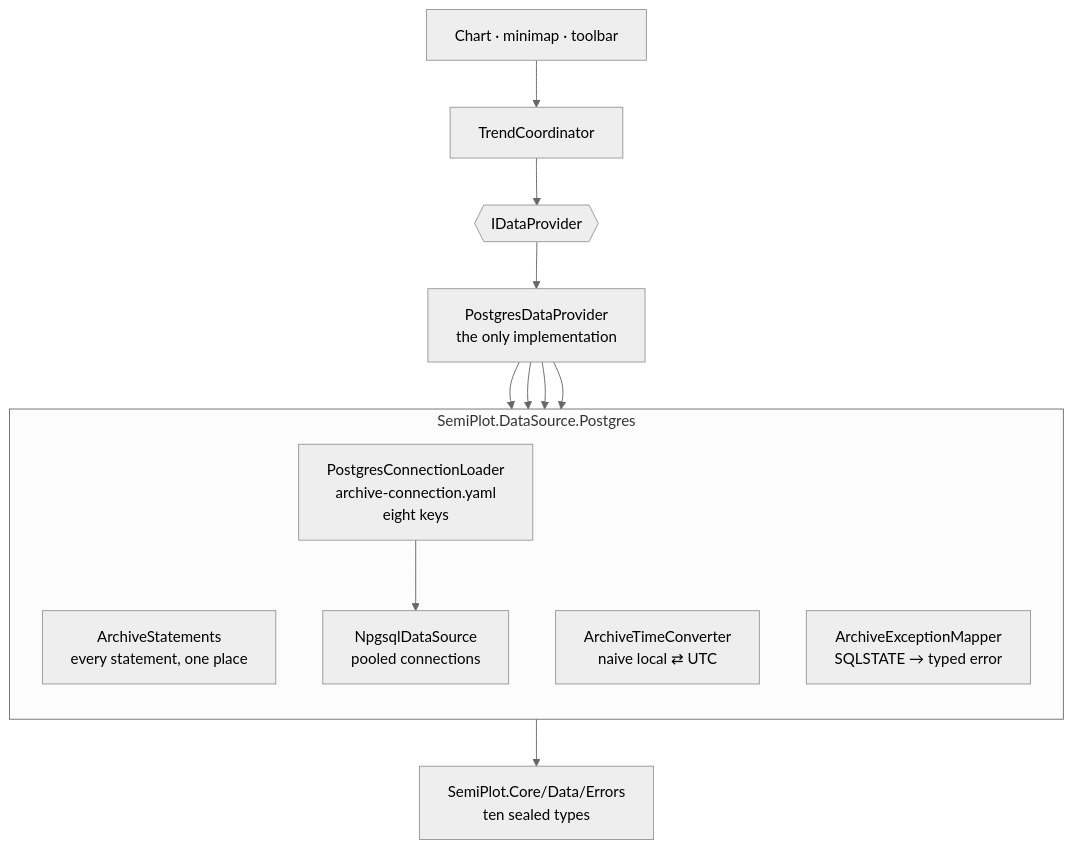
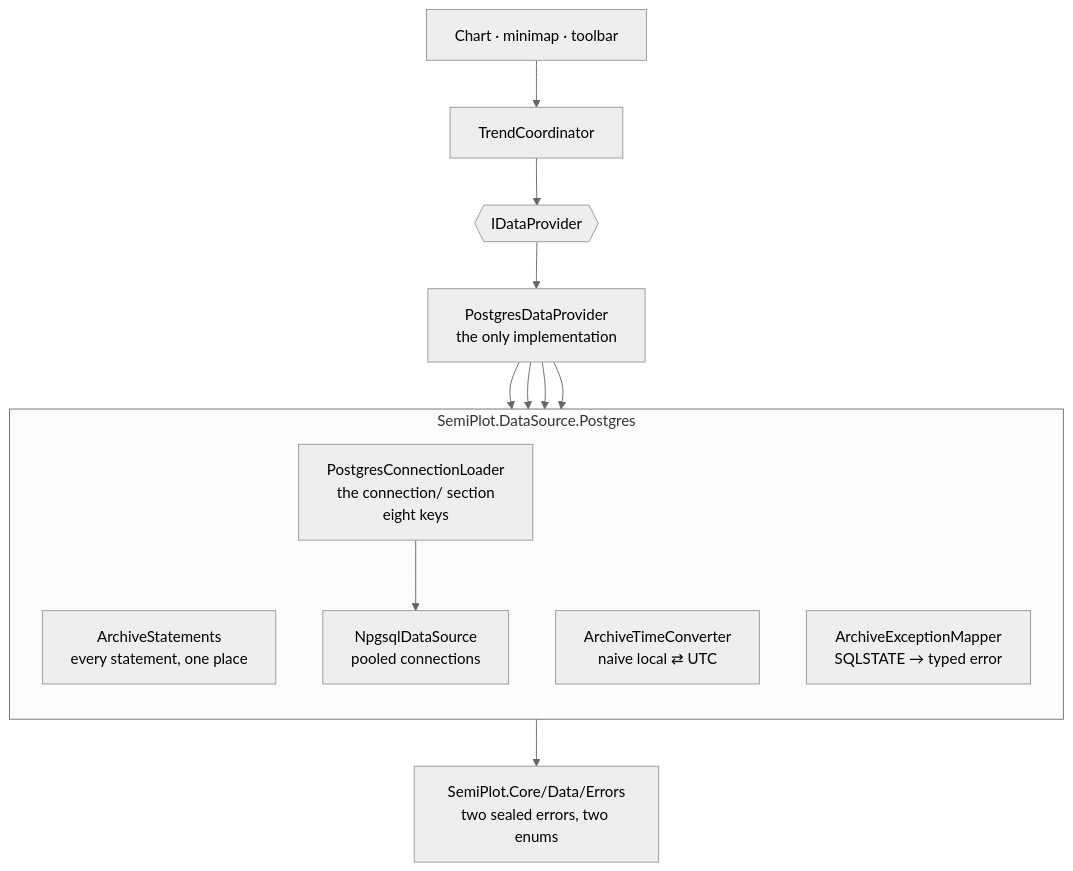
Before and after one commit to Semiteq/SemiPlot: the third of 5 diagrams in docs/architecture/postgres-topology.md, drawn with Mermaid (neutral theme). The commit also changed 57 other files, not shown here.

````diff
--- a/docs/architecture/postgres-topology.md
+++ b/docs/architecture/postgres-topology.md
@@ -83,27 +83,27 @@
 ```mermaid
 flowchart TB
     ui["Chart · minimap · toolbar"]
     coord["TrendCoordinator"]
     iface{{"IDataProvider"}}
     pg["PostgresDataProvider<br/>the only implementation"]
 
     subgraph plumbing["SemiPlot.DataSource.Postgres"]
         direction TB
         stmts["ArchiveStatements<br/>every statement, one place"]
         ds["NpgsqlDataSource<br/>pooled connections"]
         conv["ArchiveTimeConverter<br/>naive local ⇄ UTC"]
         mapper["ArchiveExceptionMapper<br/>SQLSTATE → typed error"]
-        loader["PostgresConnectionLoader<br/>archive-connection.yaml<br/>eight keys"]
+        loader["PostgresConnectionLoader<br/>the connection/ section<br/>eight keys"]
     end
 
-    errs["SemiPlot.Core/Data/Errors<br/>ten sealed types"]
+    errs["SemiPlot.Core/Data/Errors<br/>two sealed errors, two enums"]
 
     ui --> coord --> iface
     iface --> pg
     pg --> stmts
     pg --> ds
     pg --> conv
     pg --> mapper
     loader --> ds
     mapper --> errs
 ```
````
